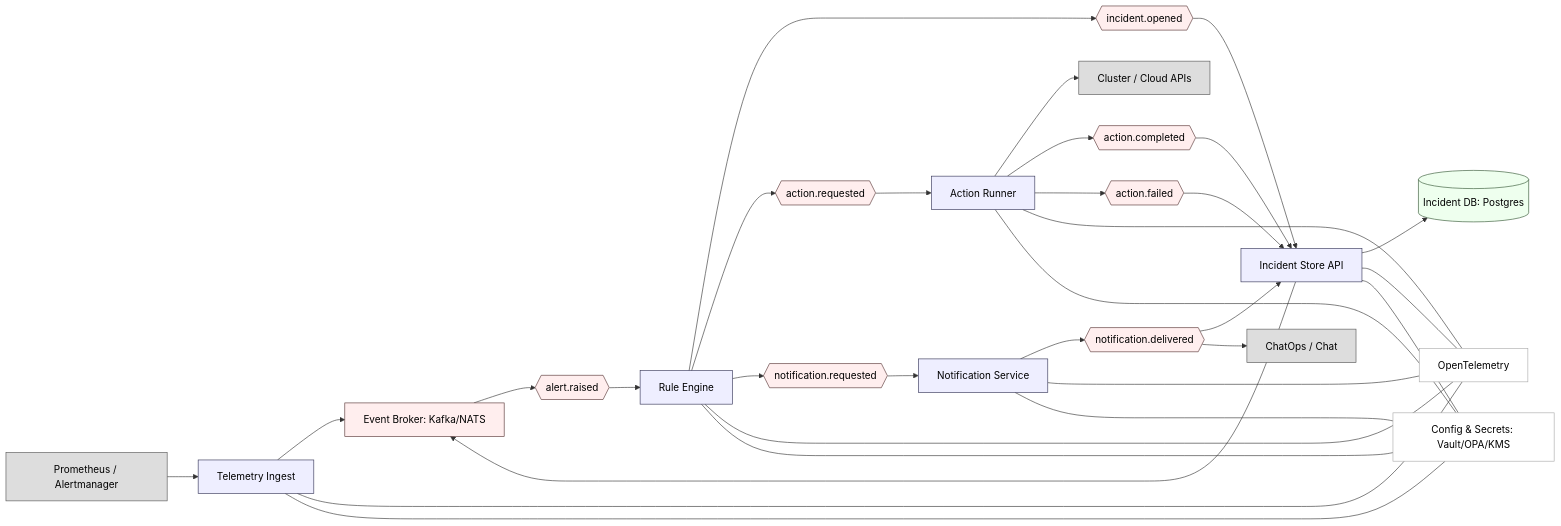
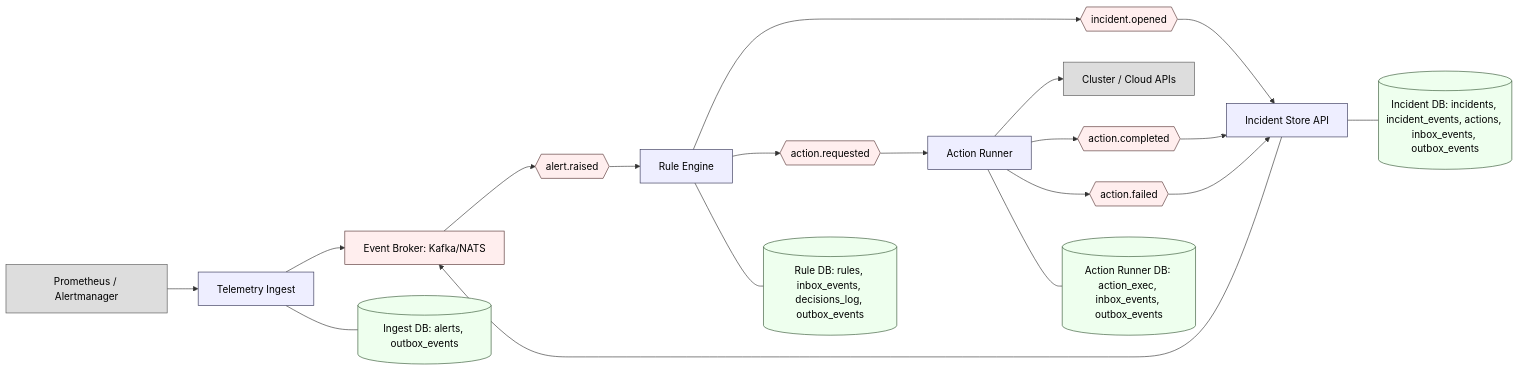
Before and after one commit to ilya2309548/EventPulse: the diagram in exmpl.md, drawn with Mermaid. The commit also changed other lines of this file, not shown here.

````diff
--- a/exmpl.md
+++ b/exmpl.md
@@ -5,79 +3,57 @@
 ```mermaid
 flowchart LR
   %% Core services
   Ingest[Telemetry Ingest]:::svc
   Broker[Event Broker: Kafka/NATS]:::broker
   Rules[Rule Engine]:::svc
   Action[Action Runner]:::svc
   IncidentAPI[Incident Store API]:::svc
-  IncidentDB[(Incident DB: Postgres)]:::store
-  Notify[Notification Service]:::svc
 
   %% External systems
   Prometheus[Prometheus / Alertmanager]:::ext
-  Chat[ChatOps / Chat]:::ext
   Cloud[Cluster / Cloud APIs]:::ext
 
-  %% Observability & Config
-  OTel[OpenTelemetry]:::infra
-  Conf[Config & Secrets: Vault/OPA/KMS]:::infra
+  %% Databases (cylinders) with table lists
+  IngestDB[(Ingest DB: alerts, outbox_events)]:::store
+  RulesDB[(Rule DB: rules, inbox_events, decisions_log, outbox_events)]:::store
+  IncidentDB[(Incident DB: incidents, incident_events, actions, inbox_events, outbox_events)]:::store
+  ActionDB[(Action Runner DB: action_exec, inbox_events, outbox_events)]:::store
 
   %% Topics (logical as nodes)
   A1{{alert.raised}}:::broker
   I1{{incident.opened}}:::broker
   AR{{action.requested}}:::broker
   AC{{action.completed}}:::broker
   AF{{action.failed}}:::broker
-  NR{{notification.requested}}:::broker
-  ND{{notification.delivered}}:::broker
 
-  %% External flow into Ingest
+  %% Flows
   Prometheus --> Ingest
   Ingest --> Broker
   Broker --> A1
 
-  %% Rule Engine reacts to alert.raised
   A1 --> Rules
   Rules --> I1
   Rules --> AR
-  Rules --> NR
 
-  %% Incident Store API consumes events
   I1 --> IncidentAPI
   AC --> IncidentAPI
   AF --> IncidentAPI
-  ND --> IncidentAPI
-  IncidentAPI --> IncidentDB
   IncidentAPI --> Broker
 
-  %% Action Runner executes actions
   AR --> Action
   Action --> Cloud
   Action --> AC
   Action --> AF
 
-  %% Notification service
-  NR --> Notify
-  Notify --> ND
-  ND --> Chat
-
-  %% Observability and config across services
-  Ingest --- OTel
-  Rules --- OTel
-  Action --- OTel
-  IncidentAPI --- OTel
-  Notify --- OTel
-
-  Ingest --- Conf
-  Rules --- Conf
-  Action --- Conf
-  IncidentAPI --- Conf
-  Notify --- Conf
+  %% DB attachments
+  Ingest --- IngestDB
+  Rules --- RulesDB
+  IncidentAPI --- IncidentDB
+  Action --- ActionDB
 
   %% Styles
   classDef svc fill:#eef,stroke:#335,stroke-width:1px,color:#000;
   classDef store fill:#efe,stroke:#353,stroke-width:1px,color:#000;
   classDef broker fill:#fee,stroke:#533,stroke-width:1px,color:#000;
   classDef ext fill:#ddd,stroke:#555,stroke-width:1px,color:#000;
-  classDef infra fill:#fff,stroke:#aaa,stroke-width:1px,color:#000;
 ```
````
